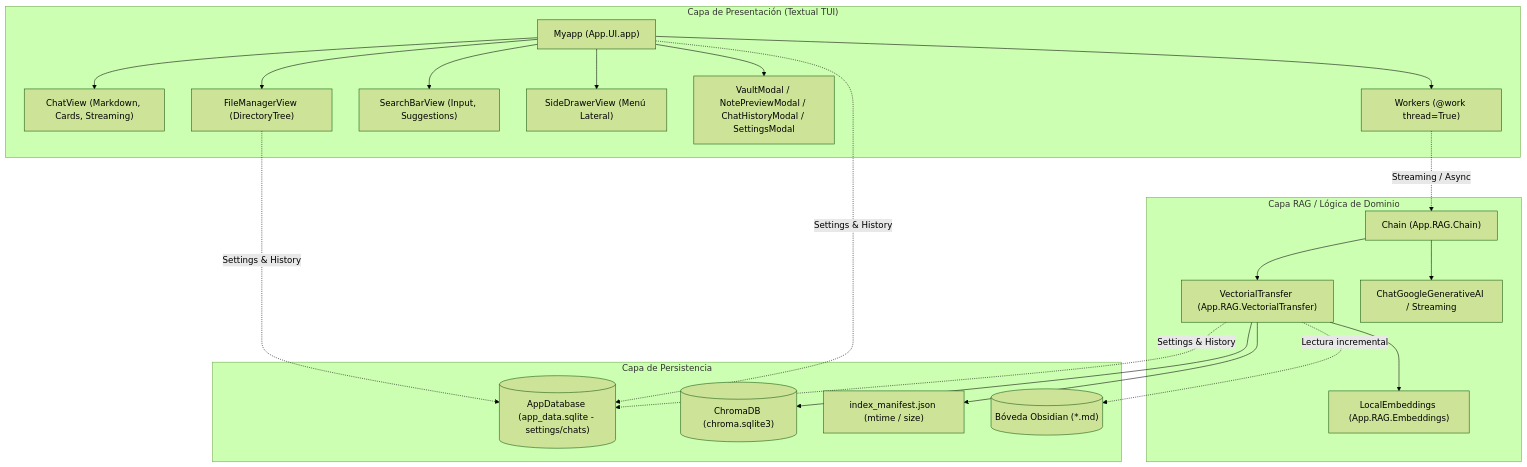
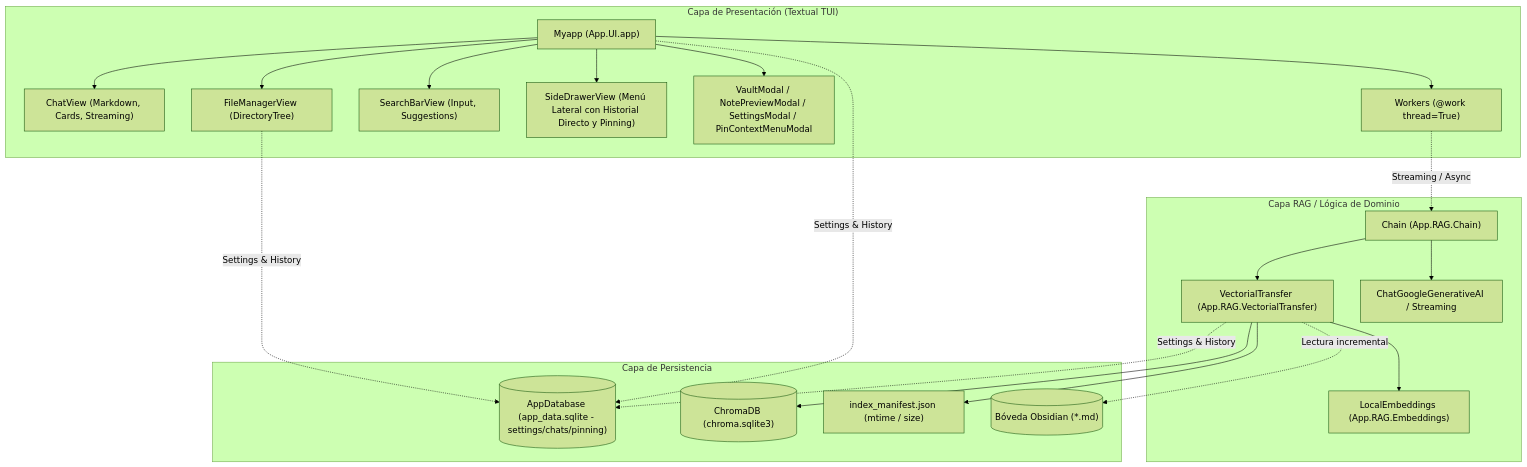
One commit to Alerrsi/lazy-rag-obsidian changed the diagram in AGENTS.md. Above: the diagram before and after it, drawn with Mermaid (forest theme). The commit also changed other lines of this file and 9 other files, not shown here.

Commit message:
Menu  de historial renovado

````diff
--- a/AGENTS.md
+++ b/AGENTS.md
@@ -26,34 +26,34 @@
 ```mermaid
 flowchart TD
     subgraph UI ["Capa de Presentación (Textual TUI)"]
         App["Myapp (App.UI.app)"]
         Chat["ChatView (Markdown, Cards, Streaming)"]
         FileManager["FileManagerView (DirectoryTree)"]
         SearchBar["SearchBarView (Input, Suggestions)"]
-        Drawer["SideDrawerView (Menú Lateral)"]
-        Modals["VaultModal / NotePreviewModal / ChatHistoryModal / SettingsModal"]
+        Drawer["SideDrawerView (Menú Lateral con Historial Directo y Pinning)"]
+        Modals["VaultModal / NotePreviewModal / SettingsModal / PinContextMenuModal"]
         Workers["Workers (@work thread=True)"]
     end
 
     subgraph RAG ["Capa RAG / Lógica de Dominio"]
         Chain["Chain (App.RAG.Chain)"]
         Transfer["VectorialTransfer (App.RAG.VectorialTransfer)"]
         Embeddings["LocalEmbeddings (App.RAG.Embeddings)"]
         LLM["ChatGoogleGenerativeAI / Streaming"]
     end
 
     subgraph DB ["Capa de Persistencia"]
-        SQLite[("AppDatabase (app_data.sqlite - settings/chats)")]
+        SQLite[("AppDatabase (app_data.sqlite - settings/chats/pinning)")]
         Chroma[("ChromaDB (chroma.sqlite3)")]
         Manifest["index_manifest.json (mtime / size)"]
         Vault[("Bóveda Obsidian (*.md)")]
     end
 
     App --> Chat & FileManager & SearchBar & Drawer & Modals
     App --> Workers
     Workers -.->|Streaming / Async| Chain
     Chain --> Transfer & LLM
     Transfer --> Embeddings & Chroma & Manifest
     Transfer -.->|Lectura incremental| Vault
     App & FileManager & Transfer -.->|Settings & History| SQLite
 ```
````
